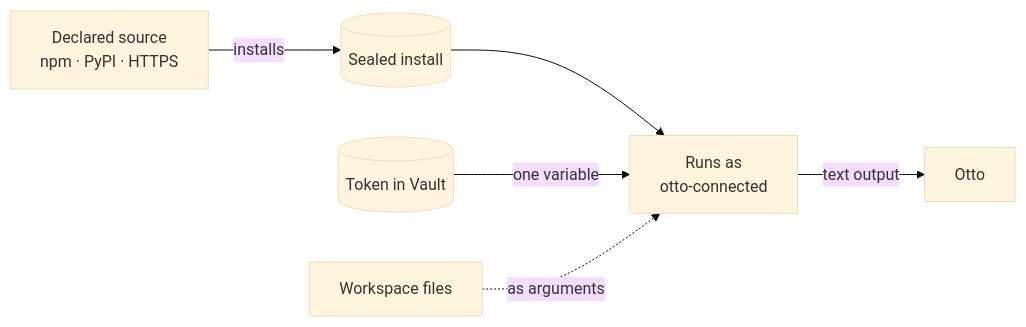
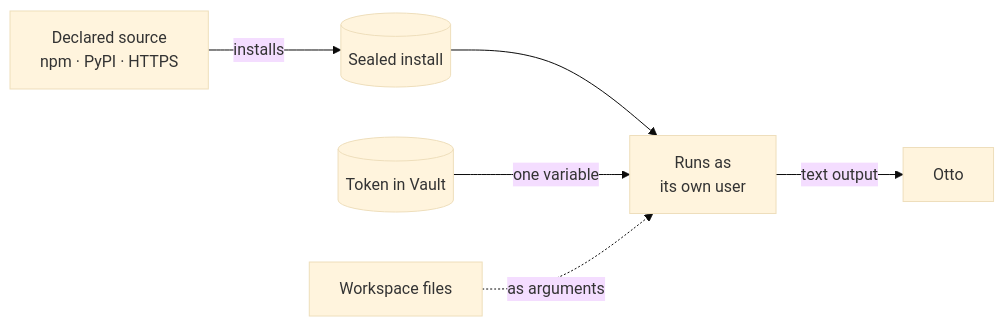
Before and after one commit to KrishBhimani/nod: the diagram in docs/src/content/docs/connect/mcp-api-cli.md, drawn with Mermaid (base theme). The commit also changed other lines of this file and 21 other files, not shown here.

Commit message:
fix(sandbox): run each connected CLI as its own Linux user (#267)

````diff
--- a/docs/src/content/docs/connect/mcp-api-cli.md
+++ b/docs/src/content/docs/connect/mcp-api-cli.md
@@ -38,8 +38,8 @@
 ```mermaid
 flowchart LR
   source[Declared source<br/>npm · PyPI · HTTPS] -- installs --> sealed[(Sealed install)]
-  sealed --> runner[Runs as<br/>otto-connected]:::go
+  sealed --> runner[Runs as<br/>its own user]:::go
   token[(Token in Vault)]:::accent -- one variable --> runner
   files[Workspace files]:::muted -. as arguments .-> runner
   runner -- text output --> otto[Otto]
 ```
````
